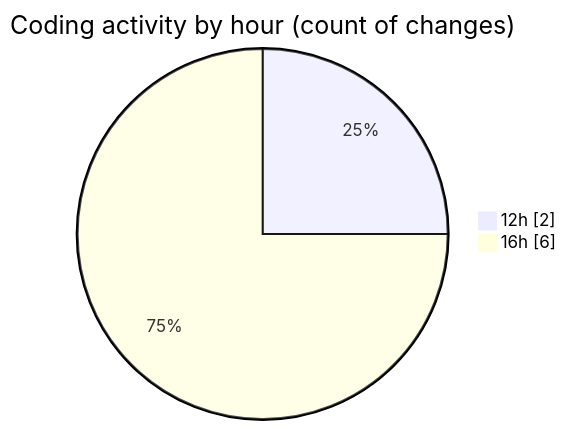
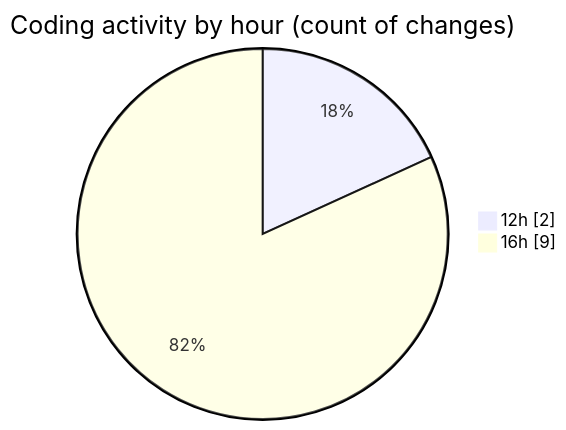
Before and after one commit to nxtqubesakshisongat/code-tracking: the second of 2 diagrams in 2026-07-24/nxtqube_webapp/README.md, drawn with Mermaid. The commit also changed other lines of this file and 1 other file, not shown here.

````diff
--- a/2026-07-24/nxtqube_webapp/README.md
+++ b/2026-07-24/nxtqube_webapp/README.md
@@ -31,6 +31,6 @@
 ```mermaid
 pie showData
 title Coding activity by hour (count of changes)
 "12h" : 2
-"16h" : 6
+"16h" : 9
 ```
````
